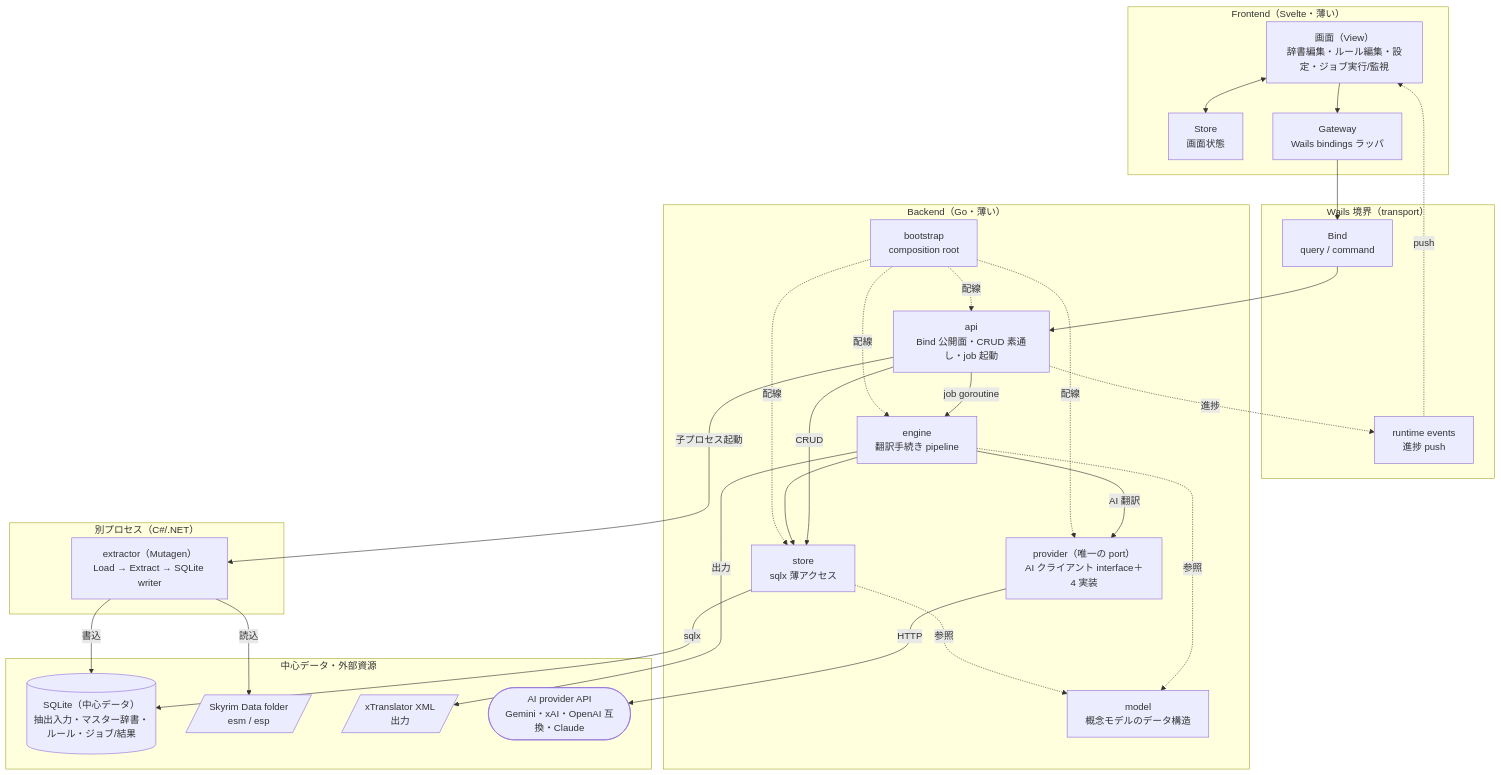
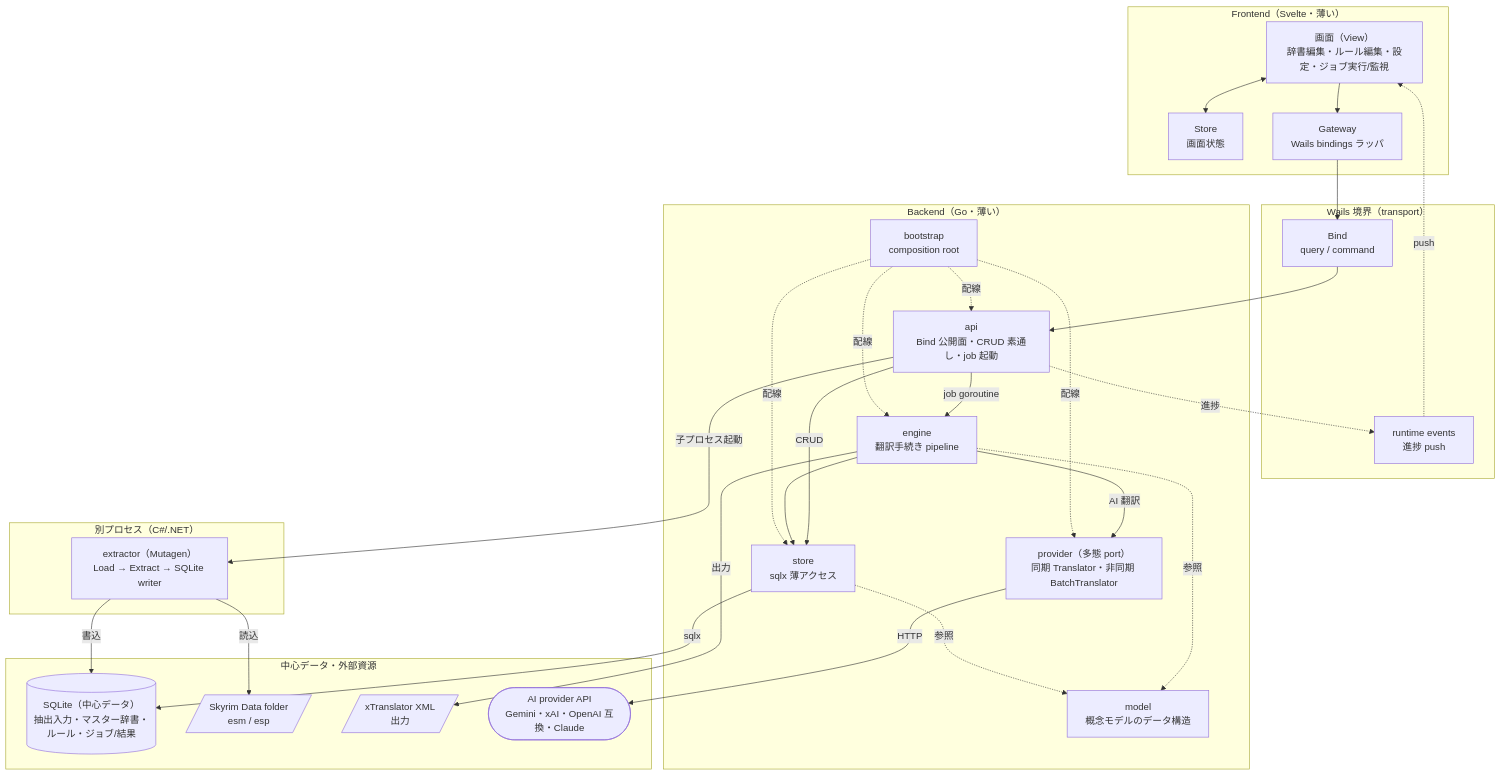
One commit to ishibata91/AITranslationEngineJP changed the diagram in docs/architecture.md. Above: the diagram before and after it, drawn with Mermaid. The commit also changed other lines of this file and 23 other files, not shown here.

First line of the commit message:
feat(provider,engine): xAI batch 翻訳（非同期の大量翻訳）に対応

````diff
--- a/docs/architecture.md
+++ b/docs/architecture.md
@@ -20,59 +20,59 @@
 ```mermaid
 flowchart TB
     subgraph FE["Frontend（Svelte・薄い）"]
         View["画面（View）<br/>辞書編集・ルール編集・設定・ジョブ実行/監視"]
         Store["Store<br/>画面状態"]
         Gateway["Gateway<br/>Wails bindings ラッパ"]
     end
 
     subgraph WAILS["Wails 境界（transport）"]
         Bind["Bind<br/>query / command"]
         Events["runtime events<br/>進捗 push"]
     end
 
     subgraph BE["Backend（Go・薄い）"]
         API["api<br/>Bind 公開面・CRUD 素通し・job 起動"]
         Engine["engine<br/>翻訳手続き pipeline"]
         StoreGo["store<br/>sqlx 薄アクセス"]
-        Provider["provider（唯一の port）<br/>AI クライアント interface＋4 実装"]
+        Provider["provider（多態 port）<br/>同期 Translator・非同期 BatchTranslator"]
         Model["model<br/>概念モデルのデータ構造"]
         Bootstrap["bootstrap<br/>composition root"]
     end
 
     subgraph EXT["別プロセス（C#/.NET）"]
         Extractor["extractor（Mutagen）<br/>Load → Extract → SQLite writer"]
     end
 
     subgraph DATA["中心データ・外部資源"]
         SQLite[("SQLite（中心データ）<br/>抽出入力・マスター辞書・ルール・ジョブ/結果")]
         DataFolder[/"Skyrim Data folder<br/>esm / esp"/]
         XML[/"xTranslator XML<br/>出力"/]
         AIAPI(["AI provider API<br/>Gemini・xAI・OpenAI 互換・Claude"])
     end
 
     View <--> Store
     View --> Gateway
     Gateway --> Bind
     Bind --> API
     API -. 進捗 .-> Events
     Events -. push .-> View
 
     API -->|CRUD| StoreGo
     API -->|job goroutine| Engine
     API -->|子プロセス起動| Extractor
     Engine --> StoreGo
     Engine -->|AI 翻訳| Provider
     Engine -->|出力| XML
     Provider -->|HTTP| AIAPI
     StoreGo -->|sqlx| SQLite
 
     Extractor -->|読込| DataFolder
     Extractor -->|書込| SQLite
 
     Engine -. 参照 .-> Model
     StoreGo -. 参照 .-> Model
     Bootstrap -. 配線 .-> API
     Bootstrap -. 配線 .-> Engine
     Bootstrap -. 配線 .-> StoreGo
     Bootstrap -. 配線 .-> Provider
 ```
````
